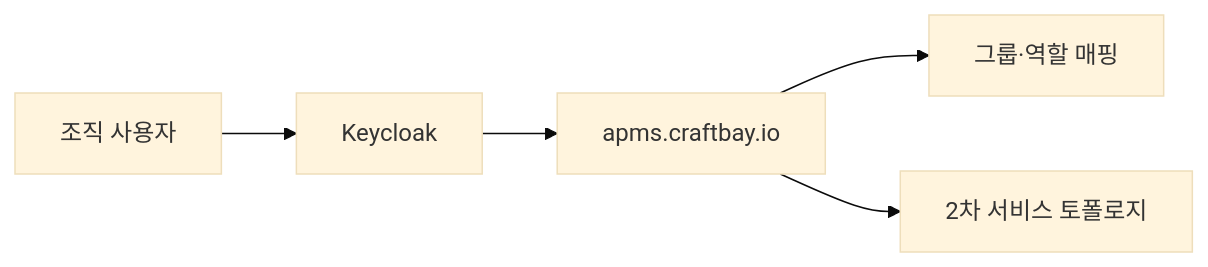
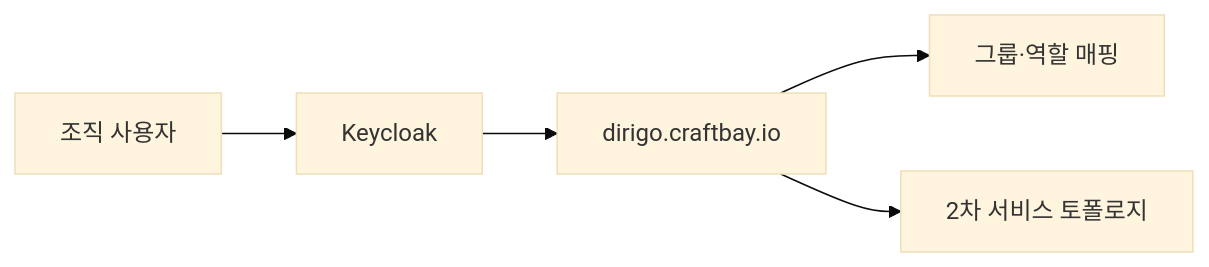
Before and after one commit to lisyoen/apms: the fifth of 5 diagrams in docs/ko/ARCHITECTURE.md, drawn with Mermaid (base theme). The commit also changed other lines of this file and 41 other files, not shown here.

Commit message:
feat: switch to dirigo.craftbay.io and retire APMS identifiers (#3)

````diff
--- a/docs/ko/ARCHITECTURE.md
+++ b/docs/ko/ARCHITECTURE.md
@@ -208,7 +208,7 @@
 ```mermaid
 flowchart LR
   U[조직 사용자] --> IDP[Keycloak]
-  IDP --> APP[apms.craftbay.io]
+  IDP --> APP[dirigo.craftbay.io]
   APP --> MAP[그룹·역할 매핑]
   APP --> CORE[2차 서비스 토폴로지]
 ```
````
